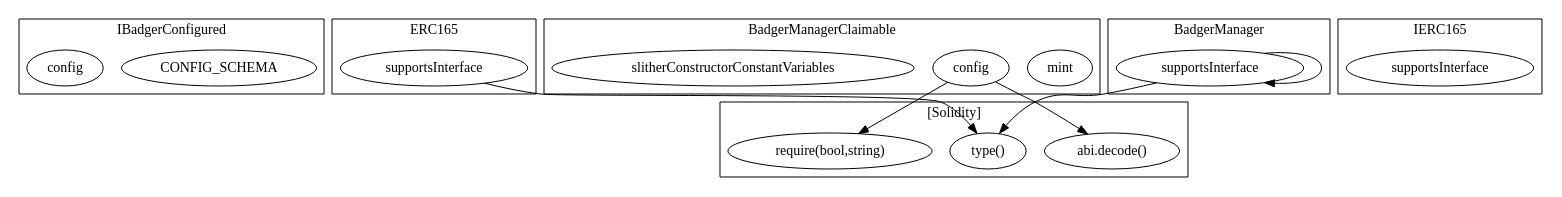
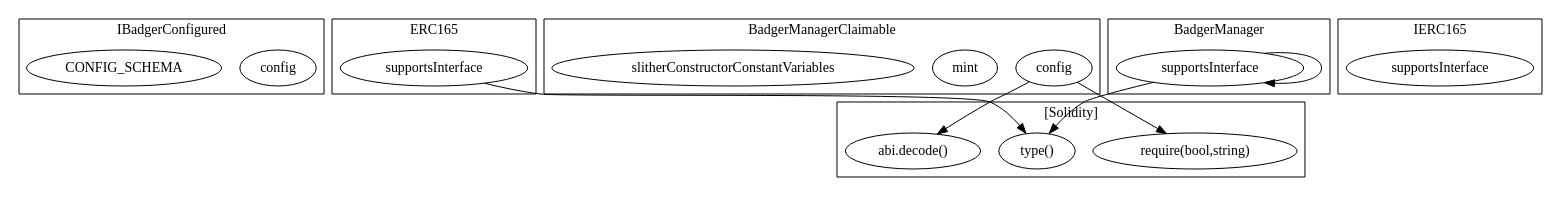
One commit to FlipsideCrypto/badger changed the diagram in contracts/build/...BadgerManagerClaimable.call-graph.dot. Above: the diagram before and after it, drawn with Graphviz. The commit also changed other lines of this file and 21 other files, not shown here.

```diff
--- a/contracts/build/...BadgerManagerClaimable.call-graph.dot
+++ b/contracts/build/...BadgerManagerClaimable.call-graph.dot
@@ -1,31 +1,31 @@
 strict digraph {
 subgraph cluster_6468_IBadgerConfigured {
 label = "IBadgerConfigured"
+"6468_config" [label="config"]
 "6468_CONFIG_SCHEMA" [label="CONFIG_SCHEMA"]
-"6468_config" [label="config"]
 }subgraph cluster_3081_ERC165 {
 label = "ERC165"
 "3081_supportsInterface" [label="supportsInterface"]
 }subgraph cluster_6926_BadgerManagerClaimable {
 label = "BadgerManagerClaimable"
+"6926_config" [label="config"]
 "6926_mint" [label="mint"]
-"6926_config" [label="config"]
 "6926_slitherConstructorConstantVariables" [label="slitherConstructorConstantVariables"]
 }subgraph cluster_3093_IERC165 {
 label = "IERC165"
 "3093_supportsInterface" [label="supportsInterface"]
 }subgraph cluster_6840_BadgerManager {
 label = "BadgerManager"
 "6840_supportsInterface" [label="supportsInterface"]
 "6840_supportsInterface" -> "6840_supportsInterface"
 }subgraph cluster_solidity {
 label = "[Solidity]"
+"require(bool,string)" 
 "abi.decode()" 
-"require(bool,string)" 
 "type()" 
+"6840_supportsInterface" -> "type()"
+"6926_config" -> "require(bool,string)"
 "3081_supportsInterface" -> "type()"
-"6926_config" -> "require(bool,string)"
 "6926_config" -> "abi.decode()"
-"6840_supportsInterface" -> "type()"
 }
 }
```
